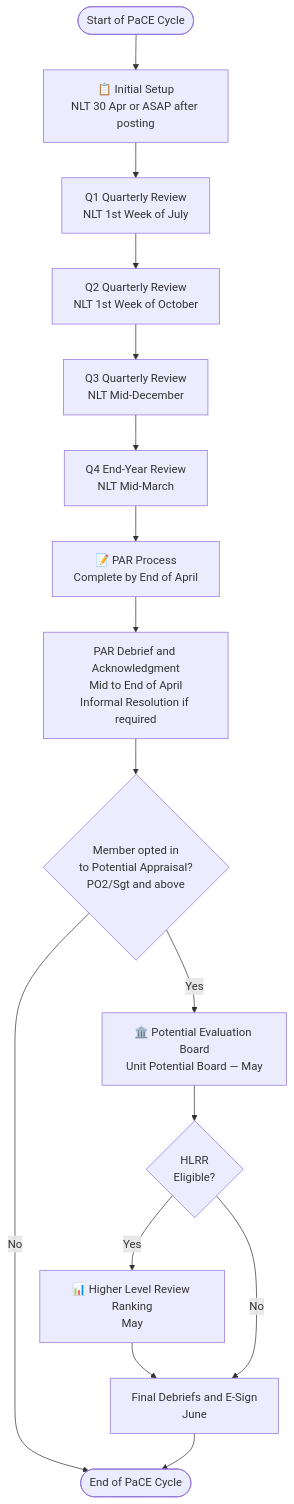
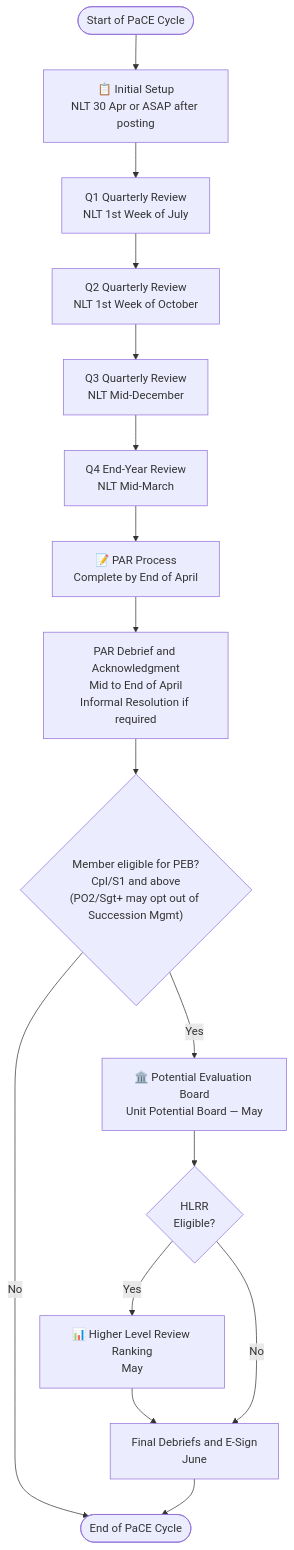
Before and after one commit to Jonesckevin/jonesckevin.github.io: the diagram in content/ai-tools/core-services/pace-report-writer/resources/flowcharts/master.md, drawn with Mermaid. The commit also changed 5 other files, not shown here.

Commit message:
Updated to fix the PEB Target saying Sgt instead of Cpl and switched Seaman to sailor

````diff
--- a/content/ai-tools/core-services/pace-report-writer/resources/flowcharts/master.md
+++ b/content/ai-tools/core-services/pace-report-writer/resources/flowcharts/master.md
@@ -5,36 +5,36 @@
 ```mermaid
 flowchart TD
     START(["Start of PaCE Cycle"])
 
     INIT["📋 Initial Setup<br/>NLT 30 Apr or ASAP after posting"]
     Q1["Q1 Quarterly Review<br/>NLT 1st Week of July"]
     Q2["Q2 Quarterly Review<br/>NLT 1st Week of October"]
     Q3["Q3 Quarterly Review<br/>NLT Mid-December"]
     Q4["Q4 End-Year Review<br/>NLT Mid-March"]
     PAR_PHASE["📝 PAR Process<br/>Complete by End of April"]
     DEBRIEF["PAR Debrief and Acknowledgment<br/>Mid to End of April<br/>Informal Resolution if required"]
-    POT{"Member opted in<br/>to Potential Appraisal?<br/>PO2/Sgt and above"}
+    POT{"Member eligible for PEB?<br/>Cpl/S1 and above<br/>(PO2/Sgt+ may opt out of Succession Mgmt)"}
     PEB_PHASE["🏛️ Potential Evaluation Board<br/>Unit Potential Board — May"]
     HLRR_CHK{"HLRR<br/>Eligible?"}
     HLRR_PHASE["📊 Higher Level Review Ranking<br/>May"]
     FINAL["Final Debriefs and E-Sign<br/>June"]
     END(["End of PaCE Cycle"])
 
     START --> INIT
     INIT --> Q1 --> Q2 --> Q3 --> Q4 --> PAR_PHASE --> DEBRIEF
     DEBRIEF --> POT
     POT -->|Yes| PEB_PHASE
     POT -->|No| END
     PEB_PHASE --> HLRR_CHK
     HLRR_CHK -->|Yes| HLRR_PHASE --> FINAL --> END
     HLRR_CHK -->|No| FINAL
 
     click INIT "initial.md" "View Initial Setup"
     click Q1 "q1-jul.md" "View Q1 Details"
     click Q2 "q2-oct.md" "View Q2 Details"
     click Q3 "q3-dec.md" "View Q3 Details"
     click Q4 "q4-mar.md" "View Q4 Details"
     click PAR_PHASE "par.md" "View PAR Process"
     click PEB_PHASE "peb.md" "View PEB Process"
     click HLRR_PHASE "hlrr.md" "View HLRR Process"
 ```
````
